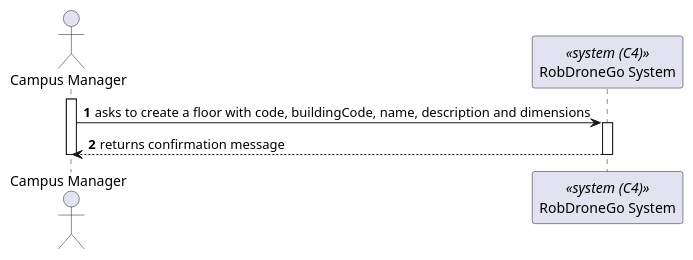
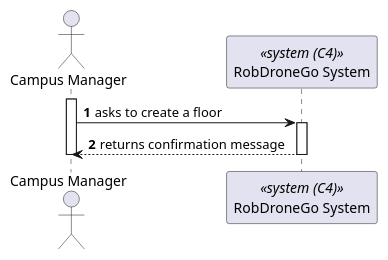
Before and after one commit to miseEnPlace-dev/lapr5: the diagram in _wiki/sprint-a/us05-190/views/level-1/process-view.puml, drawn with PlantUML. The commit also changed 11 other files, not shown here.

Commit message:
docs: updated level-3 diagrams

```diff
--- a/_wiki/sprint-a/us05-190/views/level-1/process-view.puml
+++ b/_wiki/sprint-a/us05-190/views/level-1/process-view.puml
@@ -1,17 +1,17 @@
 @startuml process-view
 autonumber
 
 actor CM as "Campus Manager"
 participant SYS as "RobDroneGo System" <<system (C4)>>
 
 activate CM
 
-CM -> SYS : asks to create a floor with code, buildingCode, name, description and dimensions
+CM -> SYS : asks to create a floor
 activate SYS
 
 CM <-- SYS : returns confirmation message
 deactivate SYS
 
 deactivate CM
 
 @enduml
```
